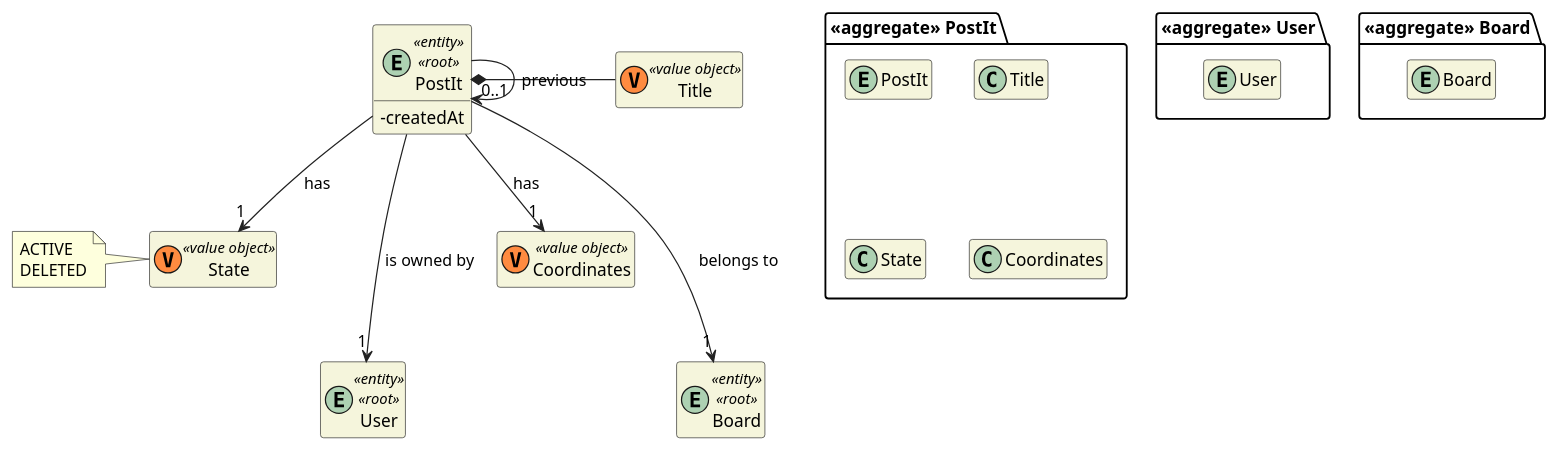
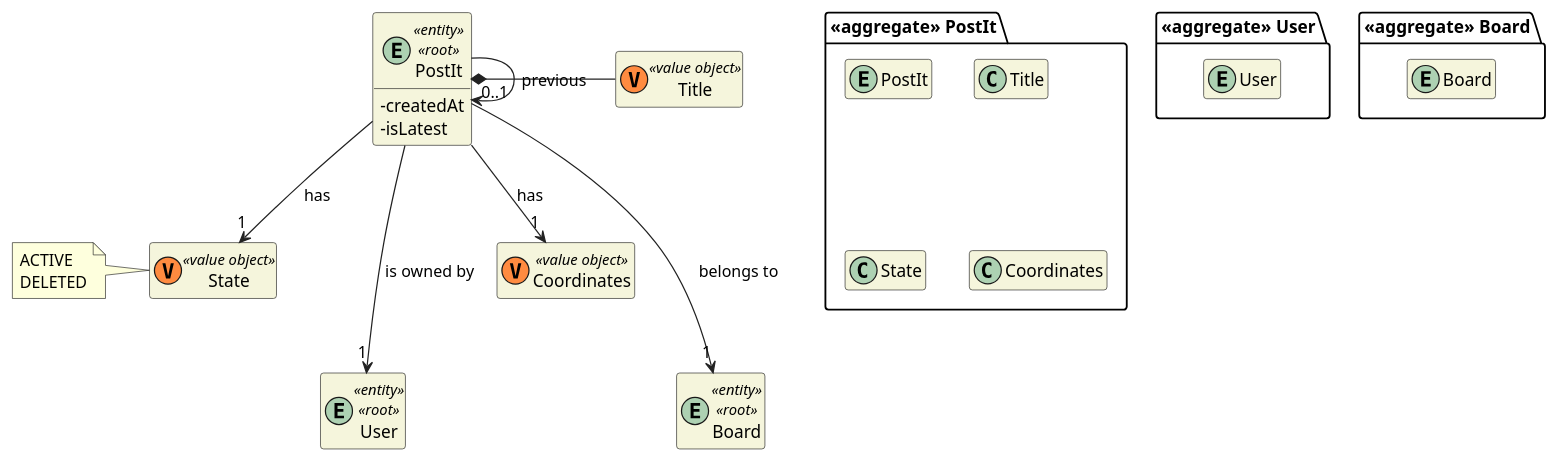
One commit to miseEnPlace-dev/lapr4 changed the diagram in docs/sprint-c/us31-3006/US3006_DM.puml. Above: the diagram before and after it, drawn with PlantUML. The commit also changed 9 other files, not shown here.

```diff
--- a/docs/sprint-c/us31-3006/US3006_DM.puml
+++ b/docs/sprint-c/us31-3006/US3006_DM.puml
@@ -1,53 +1,54 @@
 @startuml US3006_DM
 
 skinparam classAttributeIconSize 0
 hide empty attributes
 hide empty methods
 skinparam classBackgroundColor beige
 skinparam ArrowColor #222222
 
 package "<<aggregate>> PostIt" {
   entity PostIt
 
   class Title
   class State
   class Coordinates
 }
 
 package "<<aggregate>> User" {
   entity User
 }
 
 entity User <<entity>> <<root>> {
 }
 
 entity PostIt <<entity>> <<root>>{
   - createdAt
+  - isLatest
 }
 
 class Title <<(V,#FF8B40) value object>> {}
 
 class State <<(V,#FF8B40) value object>> {}
 class Coordinates <<(V,#FF8B40) value object>> {}
 
 note left of State
   ACTIVE
   DELETED
 end note
 
 package "<<aggregate>> Board" {
   entity Board
 }
 
 entity Board <<entity>> <<root>>{
 }
 
 PostIt *- Title
 PostIt --> "1" State : has
 
 PostIt ---> "1" Board : belongs to
 PostIt --> "0..1" PostIt : previous
 PostIt --> "1" Coordinates : has
 PostIt ---> "1" User : is owned by
 
 @enduml
```
